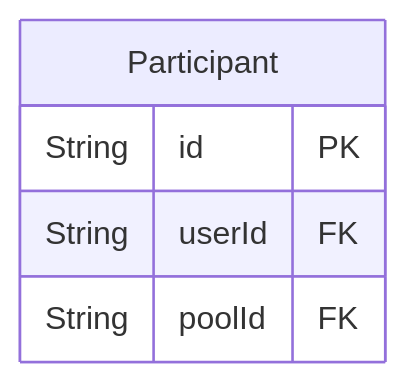
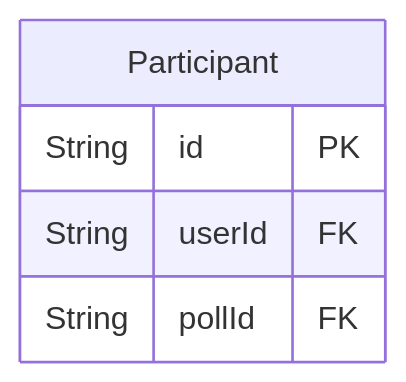
The second of 5 diagrams in server/prisma/ERD.md (carlos-HFC/nlw-copa), drawn with Mermaid before and after one commit. The commit also changed other lines of this file and 7 other files, not shown here.

````diff
--- a/server/prisma/ERD.md
+++ b/server/prisma/ERD.md
@@ -35,8 +36,8 @@
 ```mermaid
 erDiagram
 "Participant" {
   String id PK
   String userId FK
-  String poolId FK
+  String pollId FK
 }
 ```
````
